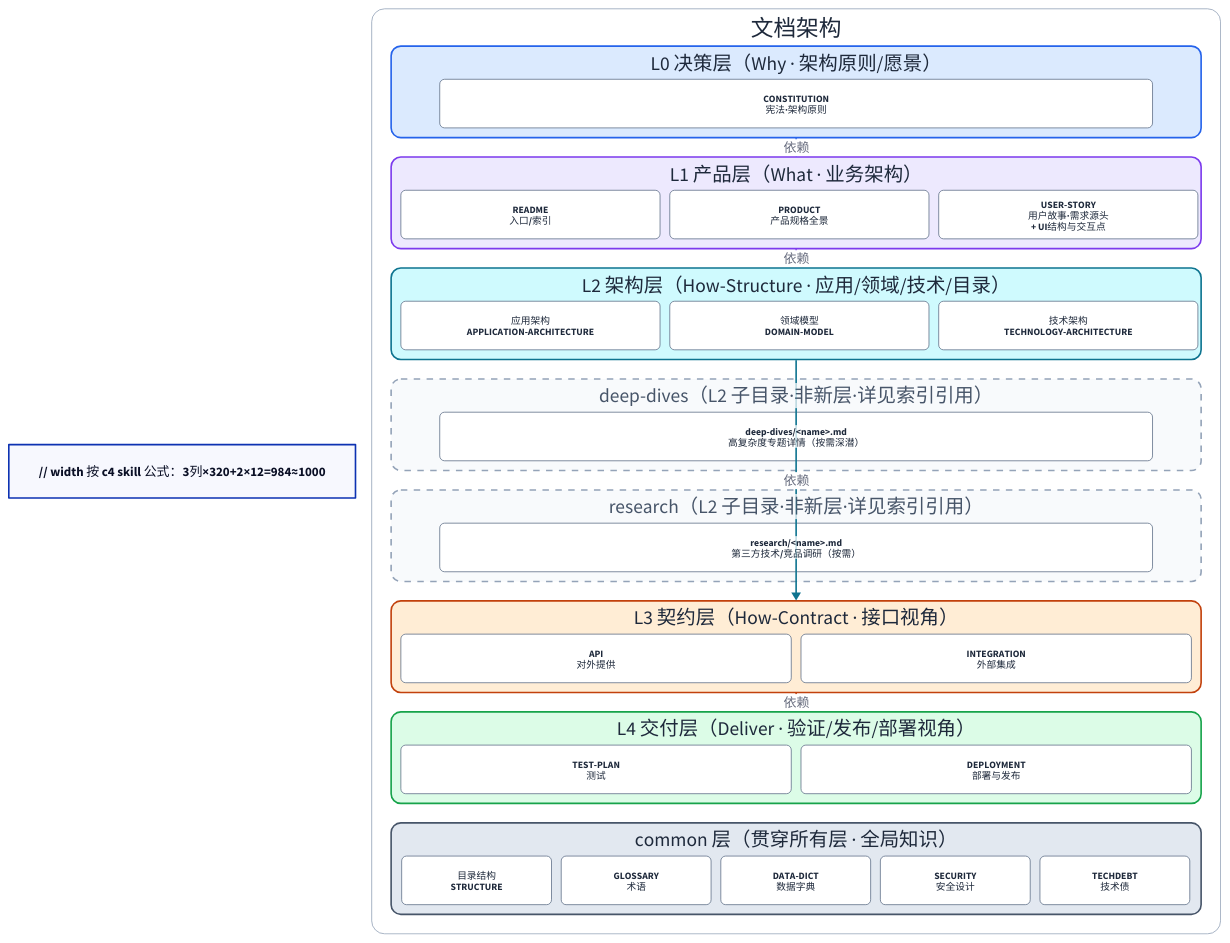
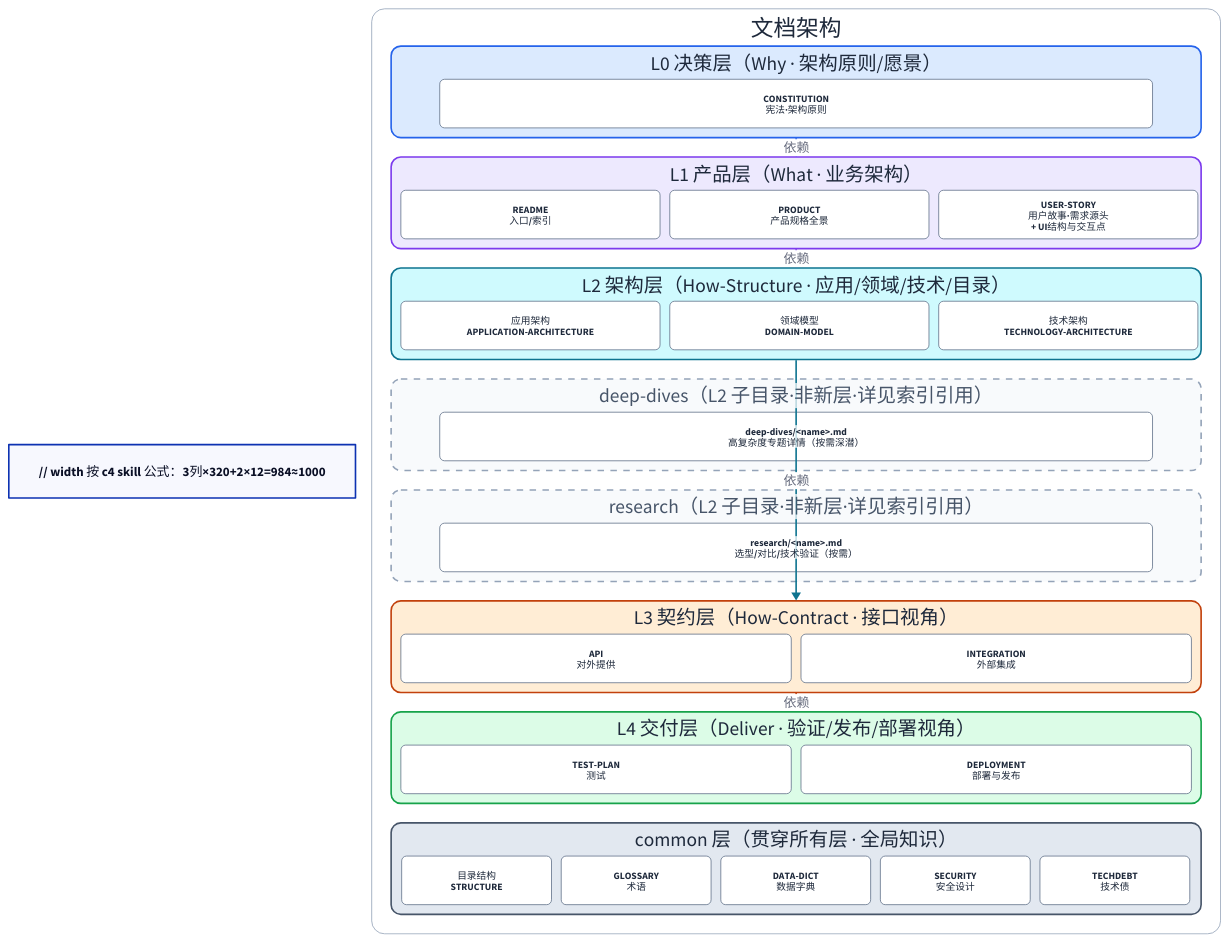
The diagram in skills/doc-arch-rules/references/templates/CONSTITUTION.md (syllr/skills), drawn with D2 before and after one commit. The commit also changed other lines of this file and 11 other files, not shown here.

```diff
--- a/skills/doc-arch-rules/references/templates/CONSTITUTION.md
+++ b/skills/doc-arch-rules/references/templates/CONSTITUTION.md
@@ -345,7 +345,7 @@
     style.border-radius: 12
     grid-columns: 1
     grid-gap: 12
-    d21: { label: "research/<name>.md\n第三方技术/竞品调研（按需）"; width: 880; height: 60; class: mod }
+    d21: { label: "research/<name>.md\n选型/对比/技术验证（按需）"; width: 880; height: 60; class: mod }
   }
 
   L3层: {
```
